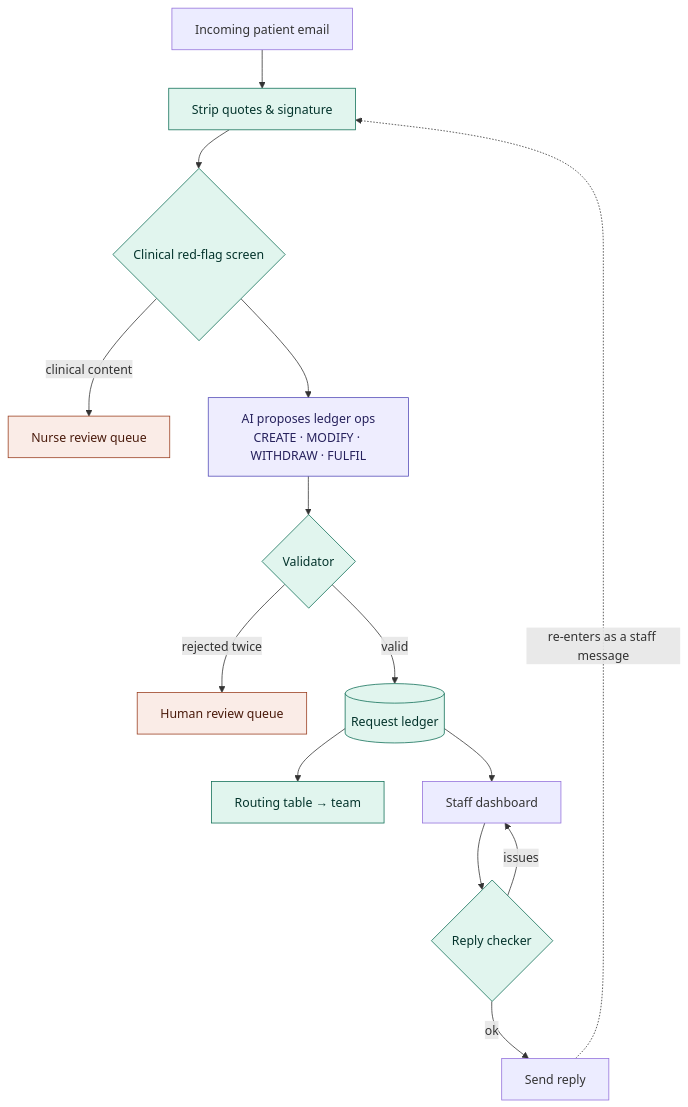
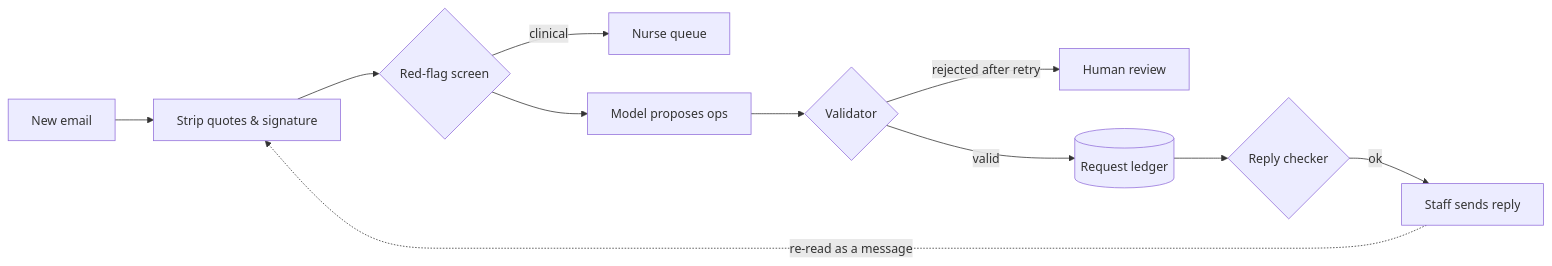
Before and after one commit to ScottishTrooper/Clinic-Inbox-Assistant: the diagram in README.md, drawn with Mermaid. The commit also changed other lines of this file, not shown here.

````diff
--- a/README.md
+++ b/README.md
@@ -49,23 +80,13 @@
 ```mermaid
-flowchart TD
-    A[Incoming patient email] --> B[Strip quotes & signature]
-    B --> C{Clinical red-flag screen}
-    C -- clinical content --> N[Nurse review queue]
-    C --> D[AI proposes ledger ops<br/>CREATE · MODIFY · WITHDRAW · FULFIL]
+flowchart LR
+    A[New email] --> B[Strip quotes & signature]
+    B --> C{Red-flag screen}
+    C -- clinical --> N[Nurse queue]
+    C --> D[Model proposes ops]
     D --> E{Validator}
-    E -- rejected twice --> H[Human review queue]
+    E -- rejected after retry --> H[Human review]
     E -- valid --> F[(Request ledger)]
-    F --> G[Routing table → team]
-    F --> S[Staff dashboard]
-    S --> R{Reply checker}
-    R -- issues --> S
-    R -- ok --> O[Send reply]
-    O -. re-enters as a staff message .-> B
-
-    classDef ai fill:#eeedfe,stroke:#534ab7,color:#26215c
-    classDef code fill:#e1f5ee,stroke:#0f6e56,color:#04342c
-    classDef human fill:#faece7,stroke:#993c1d,color:#4a1b0c
-    class D ai
-    class B,C,E,F,G,R code
-    class N,H human
+    F --> R{Reply checker}
+    R -- ok --> S[Staff sends reply]
+    S -. re-read as a message .-> B
 ```
````
